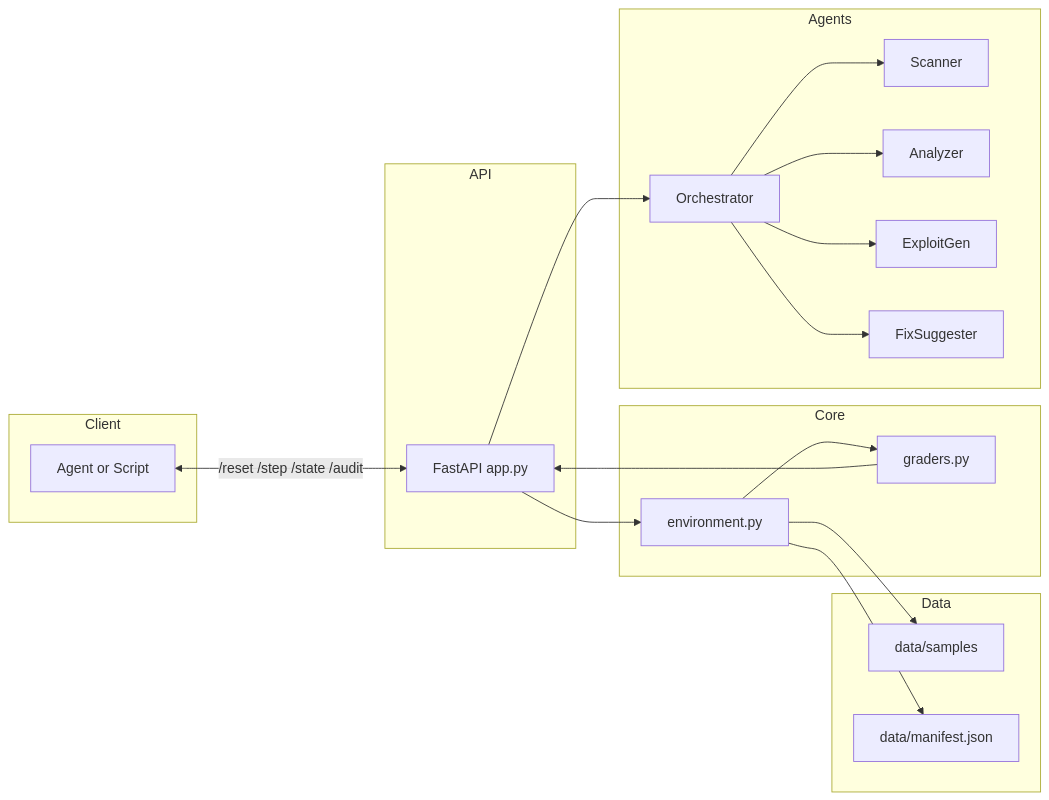
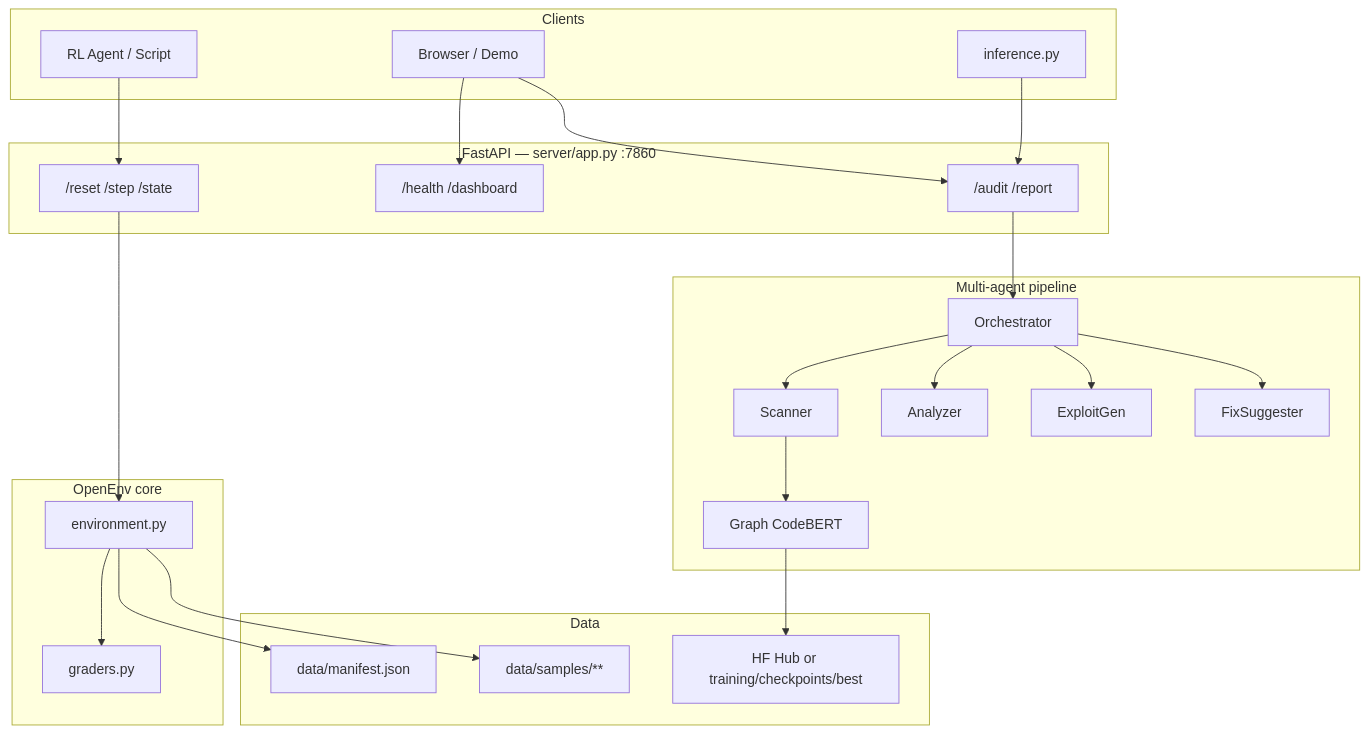
Before and after one commit to tanaymitra54/solidity_guard_razorpay: the first of 11 diagrams in README.md, drawn with Mermaid. The commit also changed other lines of this file, not shown here.

First line of the commit message:
docs: expand README with Mermaid diagrams and fuller project guide

````diff
--- a/README.md
+++ b/README.md
@@ -18,36 +51,50 @@
 ```mermaid
-flowchart LR
-  subgraph Client
-    A[Agent or Script]
-  end
-  subgraph API
-    B[FastAPI app.py]
-  end
-  subgraph Core
-    C[environment.py]
-    D[graders.py]
-  end
-  subgraph Agents
-    E[Scanner]
-    F[Analyzer]
-    G[ExploitGen]
-    H[FixSuggester]
-    I[Orchestrator]
-  end
-  subgraph Data
-    J[data/samples]
-    K[data/manifest.json]
-  end
+flowchart TB
+    subgraph Clients
+        AG[RL Agent / Script]
+        UI[Browser / Demo]
+        INF[inference.py]
+    end
 
-  A <-->|/reset /step /state /audit| B
-  B --> C
-  C --> D
-  C --> J
-  C --> K
-  D --> B
-  B --> I
-  I --> E
-  I --> F
-  I --> G
-  I --> H
+    subgraph API["FastAPI — server/app.py :7860"]
+        H["/health /dashboard"]
+        R["/reset /step /state"]
+        AU["/audit /report"]
+    end
+
+    subgraph Core["OpenEnv core"]
+        ENV[environment.py]
+        GR[graders.py]
+    end
+
+    subgraph Agents["Multi-agent pipeline"]
+        ORCH[Orchestrator]
+        SC[Scanner]
+        AN[Analyzer]
+        EX[ExploitGen]
+        FX[FixSuggester]
+        GCB[Graph CodeBERT]
+    end
+
+    subgraph Data
+        MAN[data/manifest.json]
+        SAMP[data/samples/**]
+        CKPT["HF Hub or training/checkpoints/best"]
+    end
+
+    AG --> R
+    UI --> H
+    UI --> AU
+    INF --> AU
+    R --> ENV
+    AU --> ORCH
+    ENV --> GR
+    ENV --> MAN
+    ENV --> SAMP
+    ORCH --> SC
+    ORCH --> AN
+    ORCH --> EX
+    ORCH --> FX
+    SC --> GCB
+    GCB --> CKPT
 ```
````
